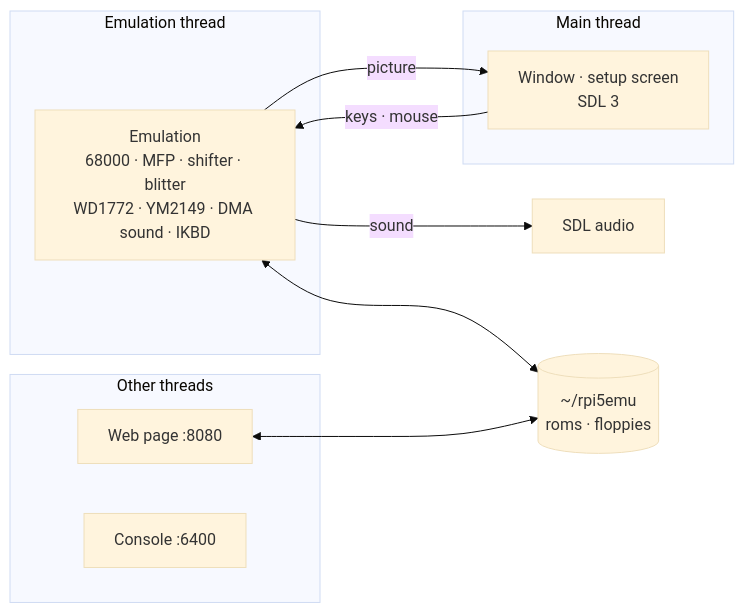
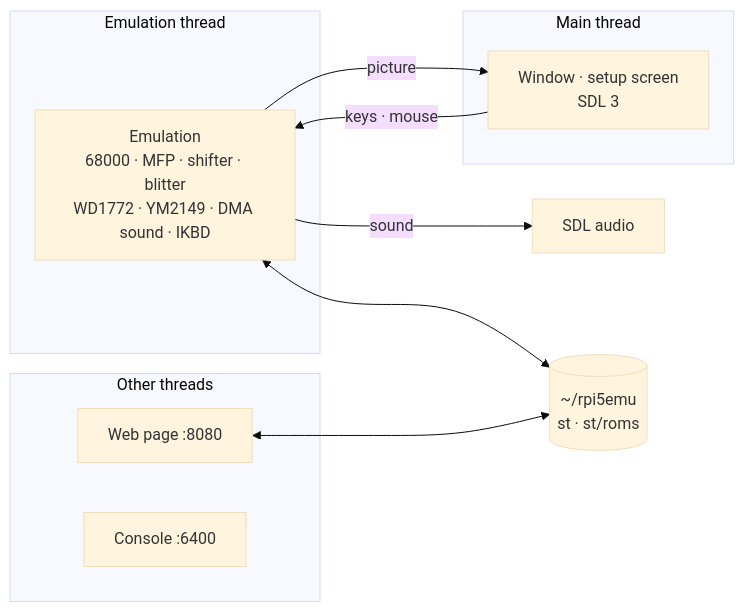
Before and after one commit to rlucencic/rpi5ste: the diagram in README.md, drawn with Mermaid (base theme). The commit also changed other lines of this file and 4 other files, not shown here.

First line of the commit message:
TOS images in ~/rpi5emu/st/roms, disk images in st/ (was floppies/)

````diff
--- a/README.md
+++ b/README.md
@@ -145,19 +145,19 @@
 ```mermaid
 flowchart LR
   subgraph emu [Emulation thread]
     EMU["Emulation<br>68000 · MFP · shifter · blitter<br>WD1772 · YM2149 · DMA sound · IKBD"]
   end
   subgraph main [Main thread]
     WIN["Window · setup screen<br>SDL 3"]
   end
   subgraph others [Other threads]
     WEB[Web page :8080]
     CON[Console :6400]
   end
   EMU -- picture --> WIN
   EMU -- sound --> SND[SDL audio]
   WIN -- keys · mouse --> EMU
-  DATA[("~/rpi5emu<br>roms · floppies")]
+  DATA[("~/rpi5emu<br>st · st/roms")]
   EMU <--> DATA
   WEB <--> DATA
 ```
````
